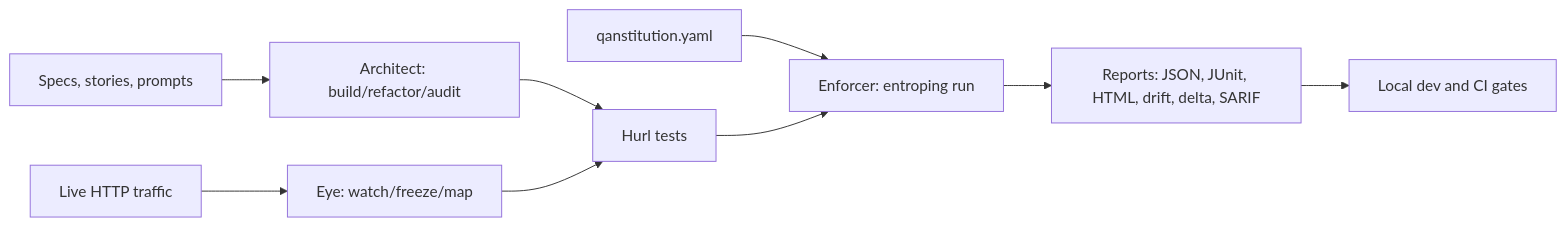
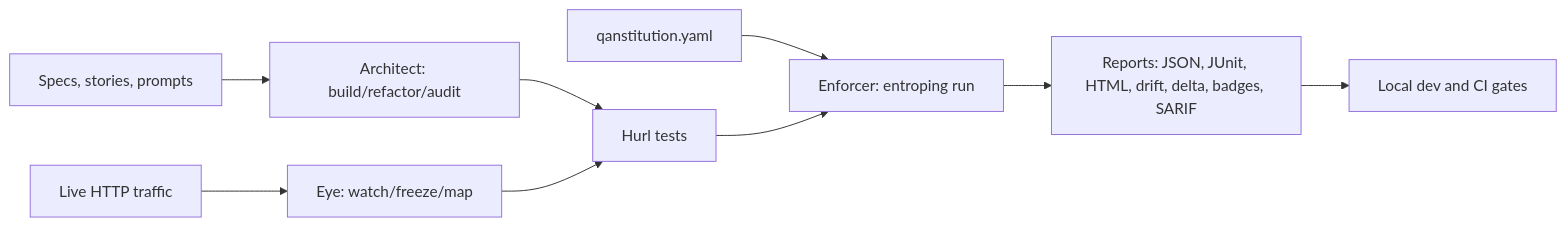
Before and after one commit to sakibshuvo/Entroping: the first of 2 diagrams in README.md, drawn with Mermaid. The commit also changed other lines of this file and 15 other files, not shown here.

````diff
--- a/README.md
+++ b/README.md
@@ -114,11 +114,11 @@
 ```mermaid
 flowchart LR
   Intent["Specs, stories, prompts"] --> Architect["Architect: build/refactor/audit"]
   Traffic["Live HTTP traffic"] --> Eye["Eye: watch/freeze/map"]
   Architect --> Tests["Hurl tests"]
   Eye --> Tests
   Law["qanstitution.yaml"] --> Enforcer["Enforcer: entroping run"]
   Tests --> Enforcer
-  Enforcer --> Reports["Reports: JSON, JUnit, HTML, drift, delta, SARIF"]
+  Enforcer --> Reports["Reports: JSON, JUnit, HTML, drift, delta, badges, SARIF"]
   Reports --> CI["Local dev and CI gates"]
 ```
````
